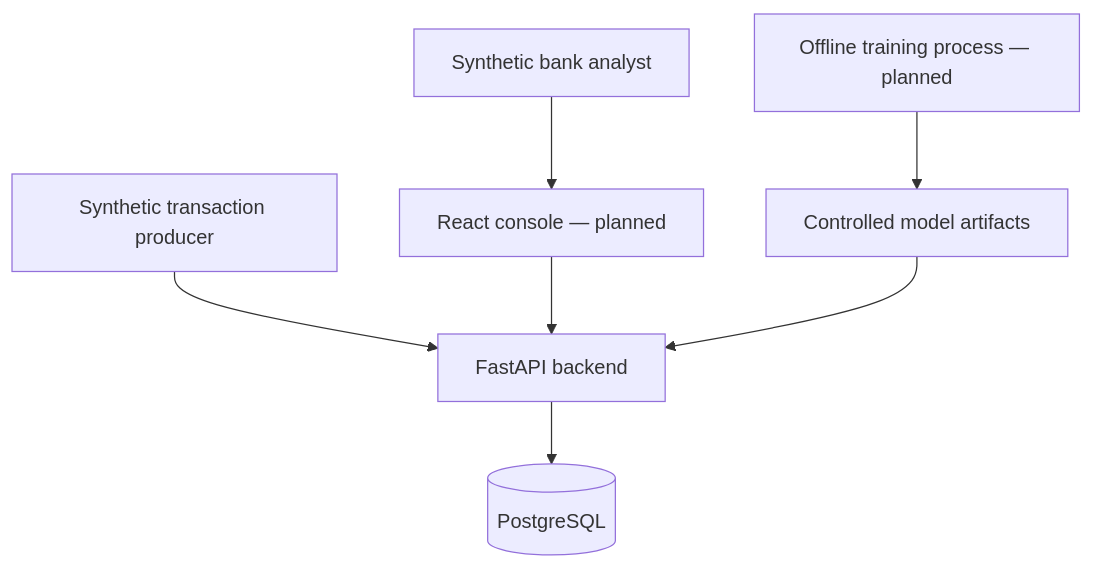
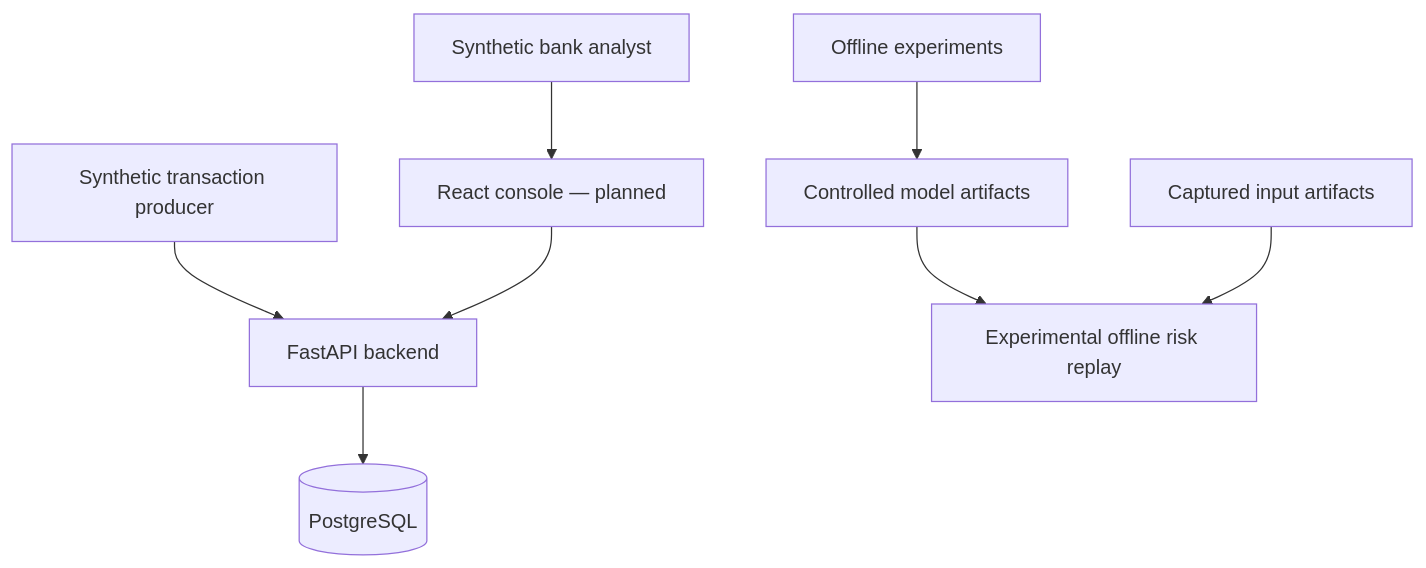
Before and after one commit to nuchaaa/FraudLens: the diagram in docs/architecture/README.md, drawn with Mermaid. The commit also changed other lines of this file and 11 other files, not shown here.

Commit message:
Compose experimental risk strategies with explicit missing evidence and replay

````diff
--- a/docs/architecture/README.md
+++ b/docs/architecture/README.md
@@ -5,9 +5,10 @@
 ```mermaid
 flowchart TB
   Analyst[Synthetic bank analyst] --> Web[React console — planned]
   Service[Synthetic transaction producer] --> API[FastAPI backend]
   Web --> API
   API --> DB[(PostgreSQL)]
-  Train[Offline training process — planned] --> Artifacts[Controlled model artifacts]
-  Artifacts --> API
+  Train[Offline experiments] --> Artifacts[Controlled model artifacts]
+  Artifacts --> Replay[Experimental offline risk replay]
+  Context[Captured input artifacts] --> Replay
 ```
````
